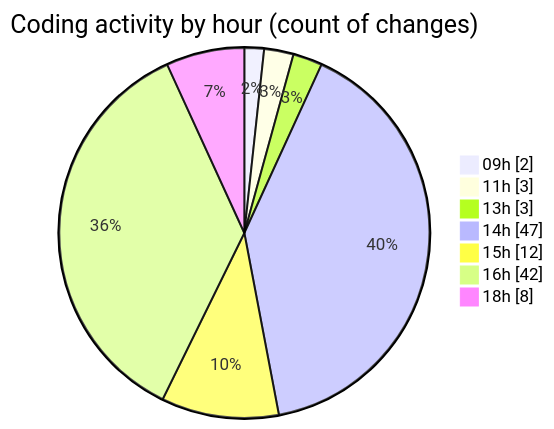
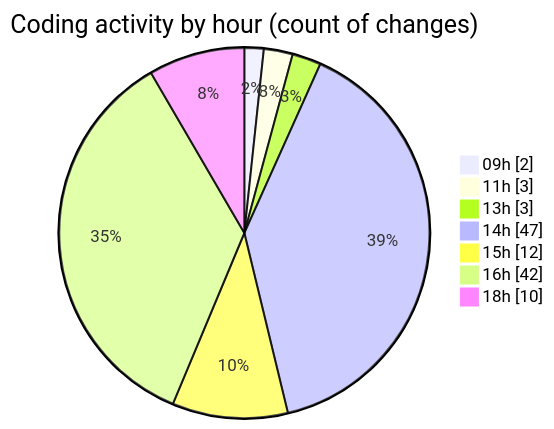
The second of 2 diagrams in 2025-11-10/eventscop-frontend-guide__workspace_/README.md (julien-gomy/code-tracking), drawn with Mermaid before and after one commit. The commit also changed other lines of this file and 1 other file, not shown here.

````diff
--- a/2025-11-10/eventscop-frontend-guide__workspace_/README.md
+++ b/2025-11-10/eventscop-frontend-guide__workspace_/README.md
@@ -70,11 +71,11 @@
 ```mermaid
 pie showData
 title Coding activity by hour (count of changes)
 "09h" : 2
 "11h" : 3
 "13h" : 3
 "14h" : 47
 "15h" : 12
 "16h" : 42
-"18h" : 8
+"18h" : 10
 ```
````
